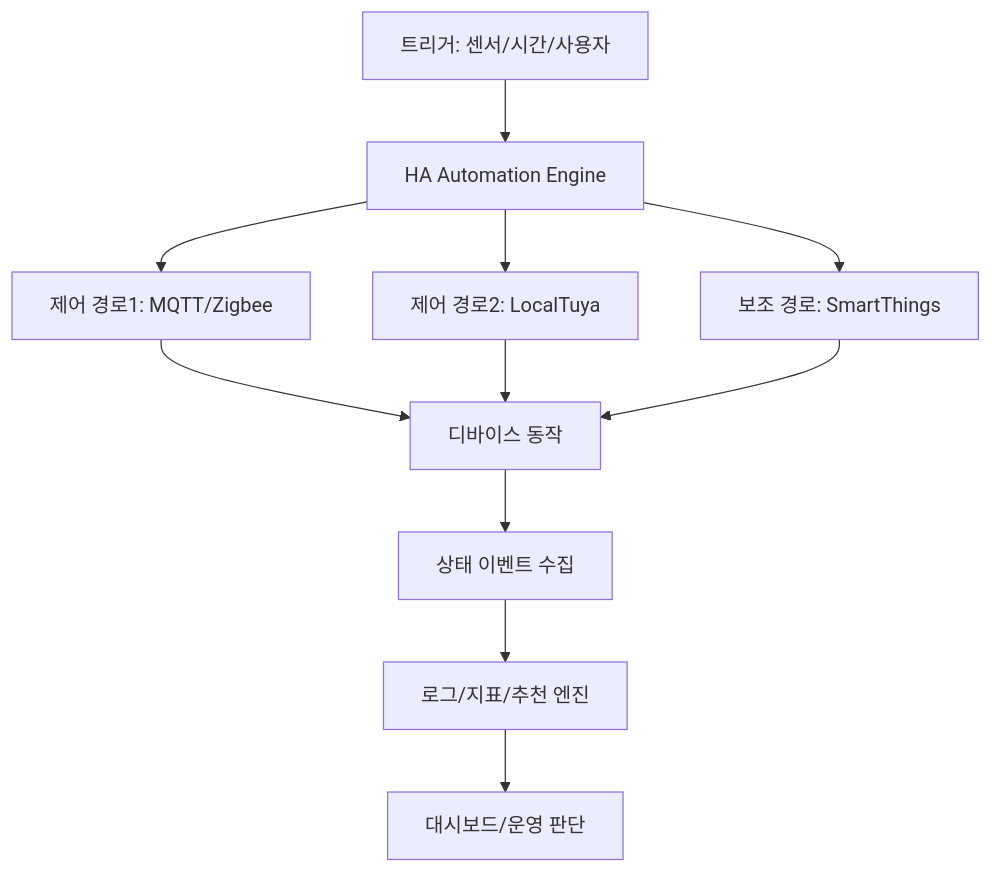
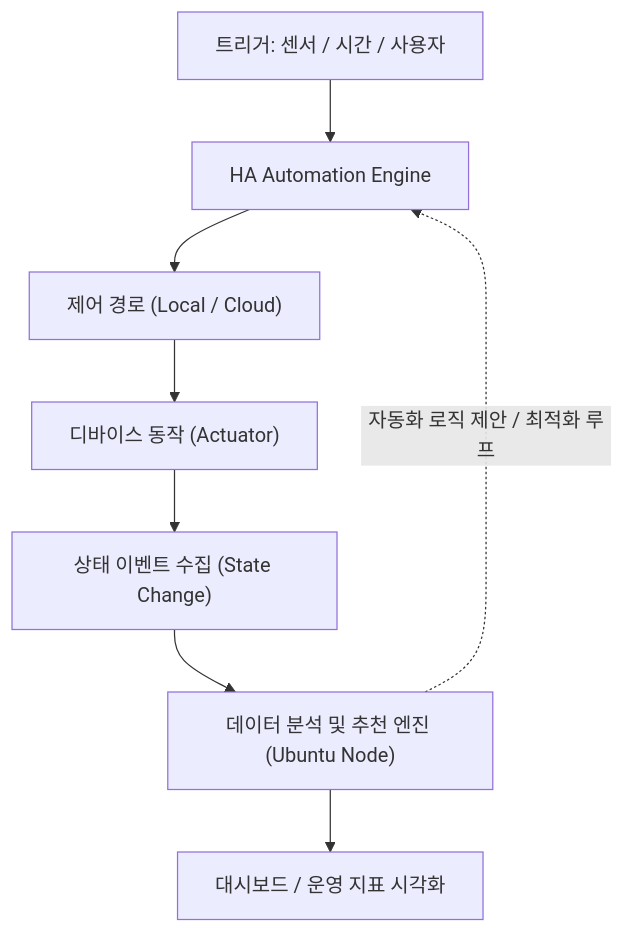
Before and after one commit to dongdok/HAOS_PF: the second of 2 diagrams in portfolio/diagrams/network_topology.md, drawn with Mermaid. The commit also changed other lines of this file, not shown here.

Commit message:
docs: enhance data flow with AIOps feedback loop logic

````diff
--- a/portfolio/diagrams/network_topology.md
+++ b/portfolio/diagrams/network_topology.md
@@ -58,15 +58,12 @@
 ```mermaid
 flowchart TB
-    T["트리거: 센서/시간/사용자"] --> A["HA Automation Engine"]
-    A --> C1["제어 경로1: MQTT/Zigbee"]
-    A --> C2["제어 경로2: LocalTuya"]
-    A --> C3["보조 경로: SmartThings"]
+    T["트리거: 센서 / 시간 / 사용자"] --> A["HA Automation Engine"]
+    A --> C["제어 경로 (Local / Cloud)"]
+    C --> D["디바이스 동작 (Actuator)"]
+    D --> E["상태 이벤트 수집 (State Change)"]
+    E --> F["데이터 분석 및 추천 엔진 (Ubuntu Node)"]
+    F --> G["대시보드 / 운영 지표 시각화"]
 
-    C1 --> D["디바이스 동작"]
-    C2 --> D
-    C3 --> D
-
-    D --> E["상태 이벤트 수집"]
-    E --> F["로그/지표/추천 엔진"]
-    F --> G["대시보드/운영 판단"]
+    %% 피드백 루프 (AIOps 핵심)
+    F -.->|"자동화 로직 제안 / 최적화 루프"| A
 ```
````
